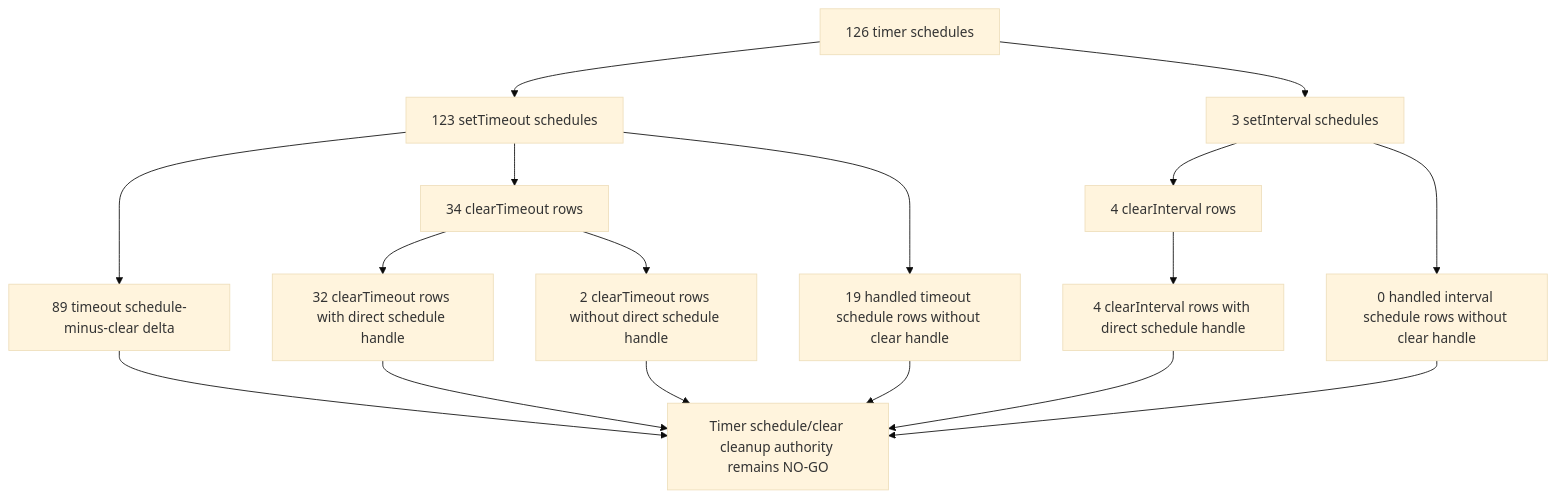
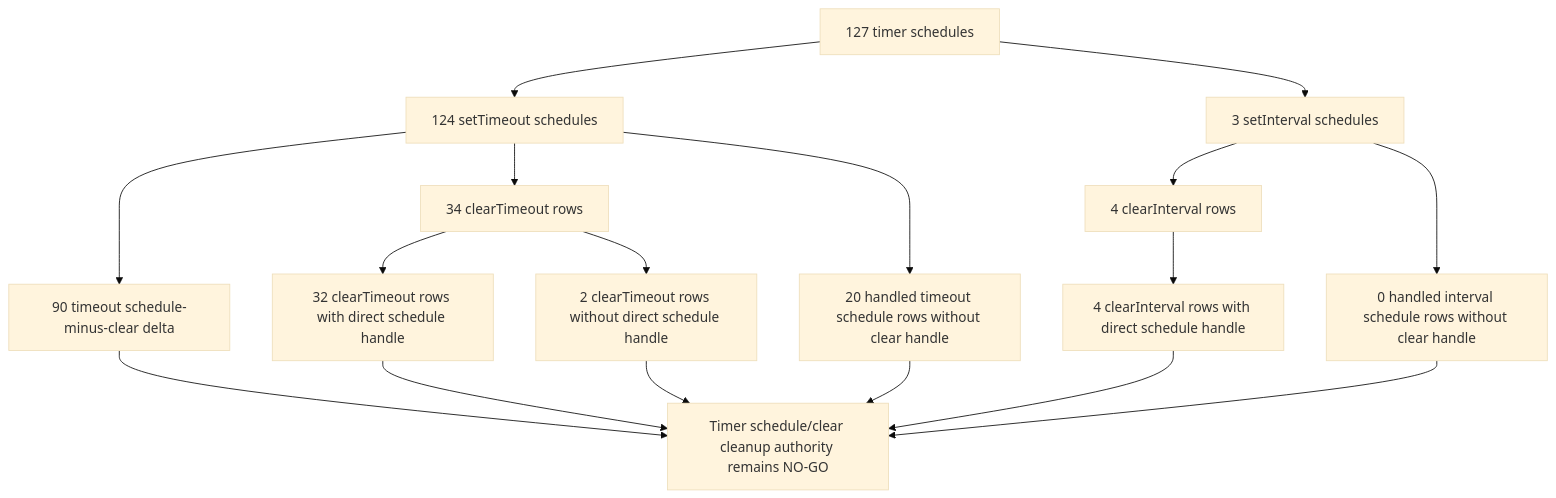
Diagram 19 of 47 in docs/audit/FILTERTUBE_LIFECYCLE_INSTANCE_REGISTER_2026-05-18.md (varshneydevansh/FilterTube), drawn with Mermaid (base theme) before and after one commit. The commit also changed other lines of this file and 698 other files, not shown here.

````diff
--- a/docs/audit/FILTERTUBE_LIFECYCLE_INSTANCE_REGISTER_2026-05-18.md
+++ b/docs/audit/FILTERTUBE_LIFECYCLE_INSTANCE_REGISTER_2026-05-18.md
@@ -1738,19 +1738,19 @@
 ```mermaid
 flowchart TD
-  A["126 timer schedules"] --> B["123 setTimeout schedules"]
+  A["127 timer schedules"] --> B["124 setTimeout schedules"]
   A --> C["3 setInterval schedules"]
   B --> D["34 clearTimeout rows"]
-  B --> E["89 timeout schedule-minus-clear delta"]
+  B --> E["90 timeout schedule-minus-clear delta"]
   D --> F["32 clearTimeout rows with direct schedule handle"]
   D --> G["2 clearTimeout rows without direct schedule handle"]
-  B --> H["19 handled timeout schedule rows without clear handle"]
+  B --> H["20 handled timeout schedule rows without clear handle"]
   C --> I["4 clearInterval rows"]
   I --> J["4 clearInterval rows with direct schedule handle"]
   C --> K["0 handled interval schedule rows without clear handle"]
   E --> L["Timer schedule/clear cleanup authority remains NO-GO"]
   F --> L
   G --> L
   H --> L
   J --> L
   K --> L
 ```
````
